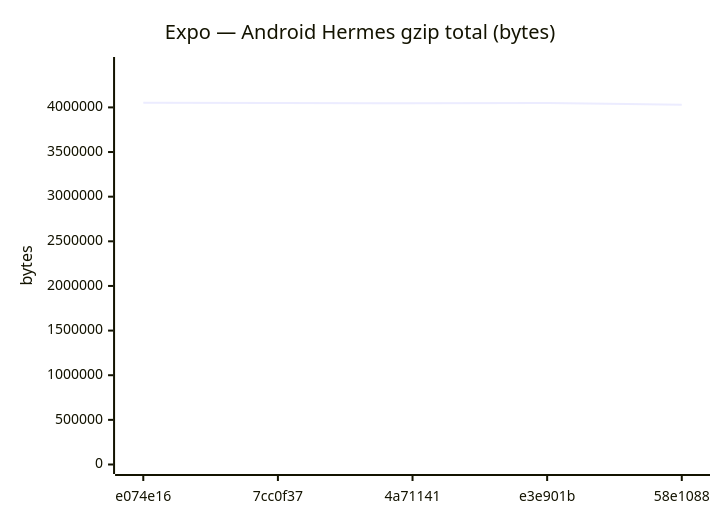
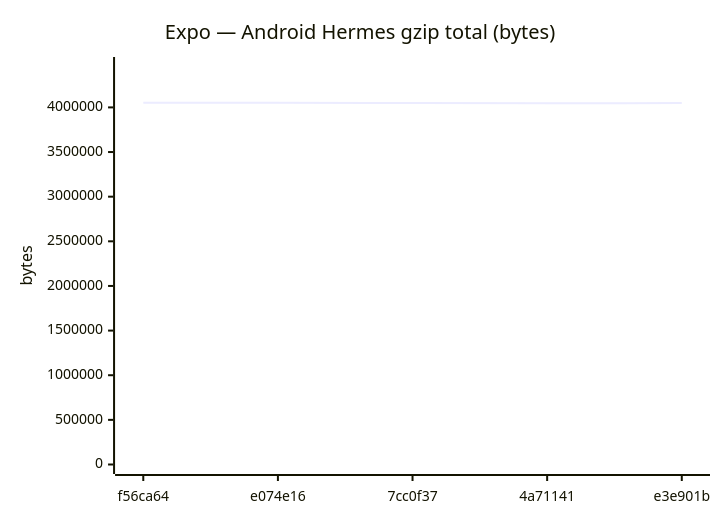
Before and after one commit to Metaheurist/Rianell: diagram 11 of 18 in benchmarks/compare.md, drawn with Mermaid. The commit also changed other lines of this file and 11 other files, not shown here.

````diff
--- a/benchmarks/compare.md
+++ b/benchmarks/compare.md
@@ -172,7 +172,7 @@
 ```mermaid
 xychart-beta
     title "Expo — Android Hermes gzip total (bytes)"
-    x-axis ["e074e16", "7cc0f37", "4a71141", "e3e901b", "58e1088"]
-    y-axis "bytes" 0 --> 4458095
-    line [4052813, 4049448, 4046554, 4048091, 4030638]
+    x-axis ["f56ca64", "e074e16", "7cc0f37", "4a71141", "e3e901b"]
+    y-axis "bytes" 0 --> 4458104
+    line [4052821, 4052813, 4049448, 4046554, 4048091]
 ```
````
